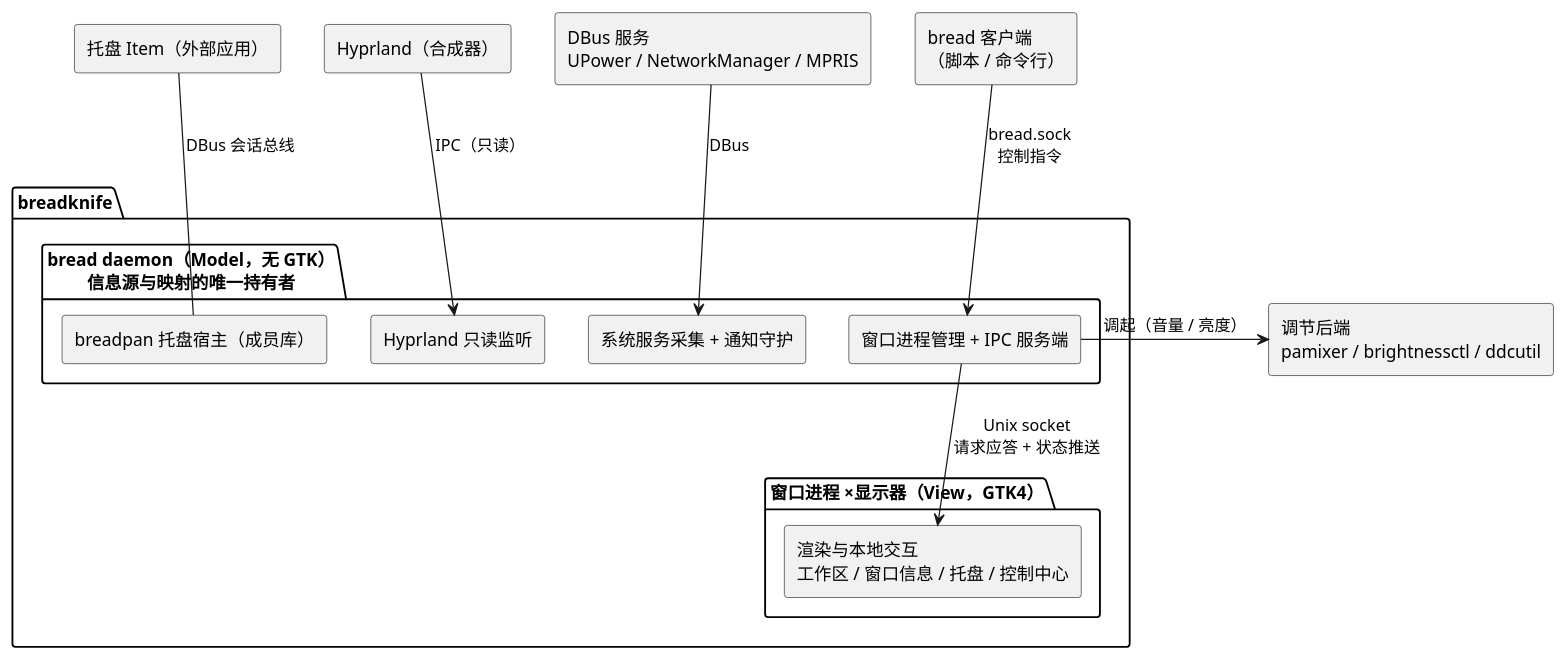
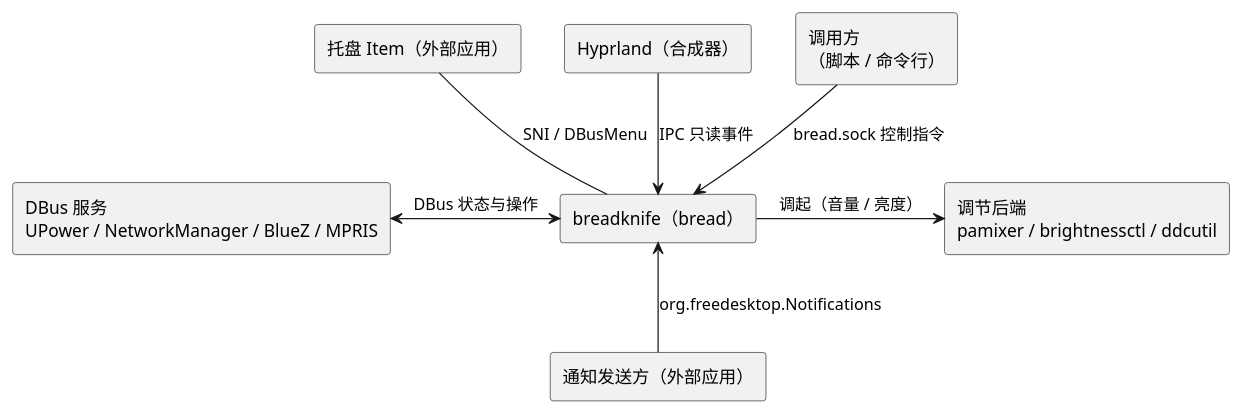
The diagram in diagram/breadknife-architecture.puml (54m43lJ/BreadKnife), drawn with PlantUML before and after one commit. The commit also changed 43 other files, not shown here.

```diff
--- a/diagram/breadknife-architecture.puml
+++ b/diagram/breadknife-architecture.puml
@@ -1,28 +1,18 @@
 @startuml breadknife-architecture
 skinparam componentStyle rectangle
 
+component "breadknife（bread）" as bread
 component "Hyprland（合成器）" as hypr
-component "DBus 服务\nUPower / NetworkManager / MPRIS" as svc
-component "bread 客户端\n（脚本 / 命令行）" as client
+component "DBus 服务\nUPower / NetworkManager / BlueZ / MPRIS" as svc
+component "调用方\n（脚本 / 命令行）" as client
 component "托盘 Item（外部应用）" as items
+component "通知发送方（外部应用）" as notify
 component "调节后端\npamixer / brightnessctl / ddcutil" as tools
 
-package "breadknife" {
-  package "bread daemon（Model，无 GTK）\n信息源与映射的唯一持有者" as daemon {
-    component "Hyprland 只读监听" as hlisten
-    component "系统服务采集 + 通知守护" as sysv
-    component "breadpan 托盘宿主（成员库）" as tray
-    component "窗口进程管理 + IPC 服务端" as wm
-  }
-  package "窗口进程 ×显示器（View，GTK4）" as winpkg {
-    component "渲染与本地交互\n工作区 / 窗口信息 / 托盘 / 控制中心" as win
-  }
-}
-
-hypr -down-> hlisten : IPC（只读）
-svc -down-> sysv : DBus
-client -down-> wm : bread.sock\n控制指令
-tray -up- items : DBus 会话总线
-wm -down-> win : Unix socket\n请求应答 + 状态推送
-wm -right-> tools : 调起（音量 / 亮度）
+hypr -down-> bread : IPC 只读事件
+svc <-> bread : DBus 状态与操作
+client -down-> bread : bread.sock 控制指令
+bread -up- items : SNI / DBusMenu
+notify -up-> bread : org.freedesktop.Notifications
+bread -right-> tools : 调起（音量 / 亮度）
 @enduml
```
